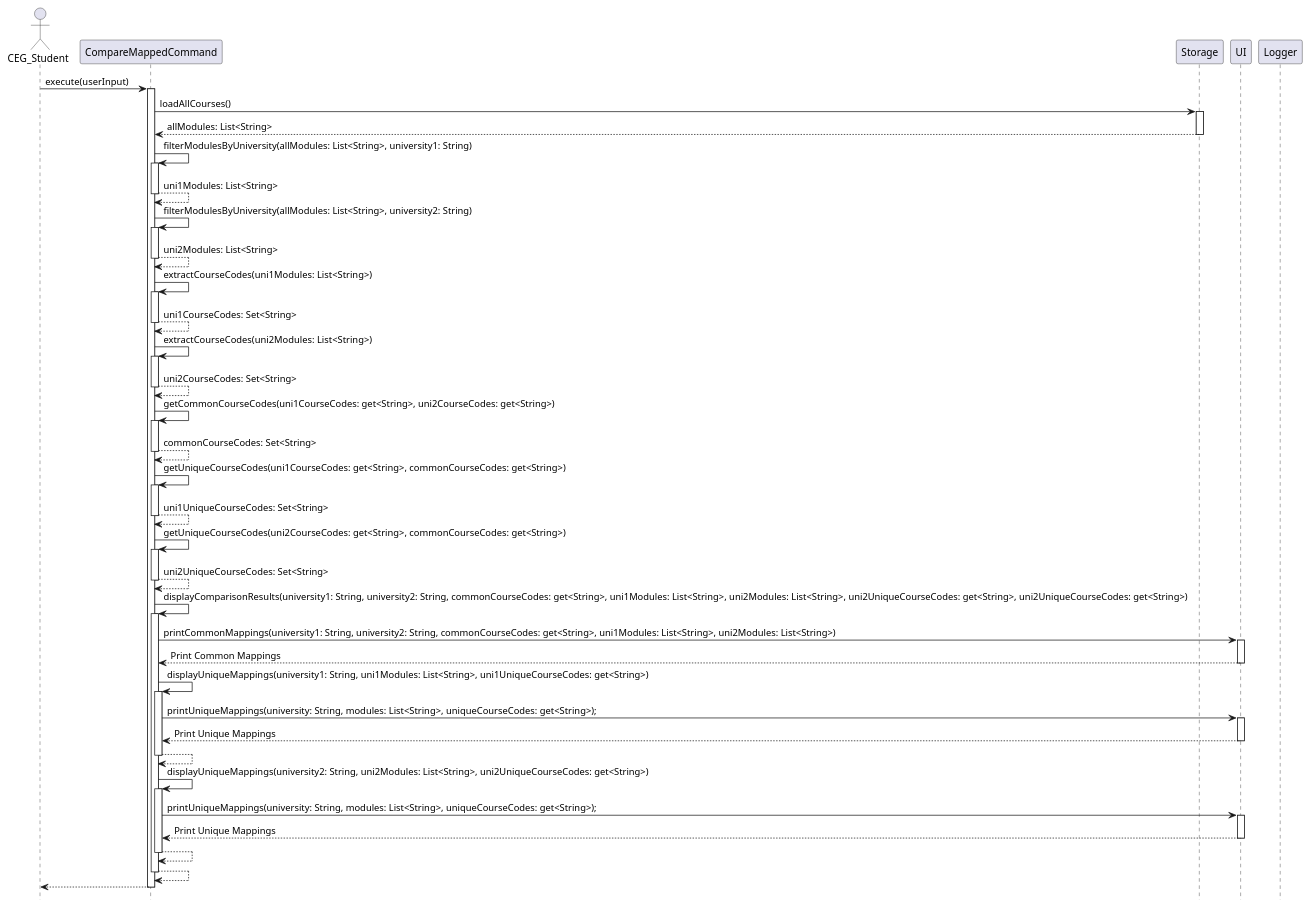
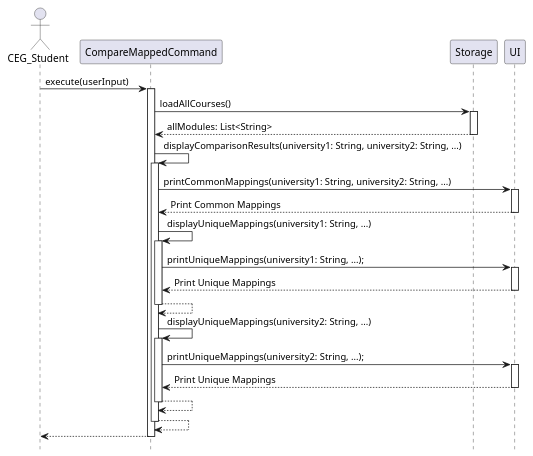
The diagram in docs/diagrams/CompareMappedCommand.puml (nus-cs2113-AY2425S1/tp), drawn with PlantUML before and after one commit. The commit also changed 1 other file, not shown here.

Commit message:
SImplified sequence diagram for CompareMappedCommand

```diff
--- a/docs/diagrams/CompareMappedCommand.puml
+++ b/docs/diagrams/CompareMappedCommand.puml
@@ -1,80 +1,45 @@
 @startuml
 
 hide footbox 
 
 actor CEG_Student
 participant "CompareMappedCommand" as Command
 participant "Storage" as Storage
 participant "UI" as UI
-participant "Logger" as Logger
 
 CEG_Student -> Command: execute(userInput)
 activate Command
 
 Command -> Storage: loadAllCourses()
 activate Storage
 Storage --> Command: allModules: List<String>
 deactivate Storage
 
-Command -> Command: filterModulesByUniversity(allModules: List<String>, university1: String)
+Command -> Command: displayComparisonResults(university1: String, university2: String, ...)
 activate Command
-Command --> Command: uni1Modules: List<String> 
-deactivate Command
-
-Command -> Command: filterModulesByUniversity(allModules: List<String>, university2: String)
-activate Command
-Command --> Command: uni2Modules: List<String> 
-deactivate Command
-
-Command -> Command: extractCourseCodes(uni1Modules: List<String>)
-activate Command
-Command --> Command: uni1CourseCodes: Set<String> 
-deactivate Command
-
-Command -> Command: extractCourseCodes(uni2Modules: List<String>)
-activate Command
-Command --> Command: uni2CourseCodes: Set<String> 
-deactivate Command
-
-Command -> Command: getCommonCourseCodes(uni1CourseCodes: get<String>, uni2CourseCodes: get<String>)
-activate Command
-Command --> Command: commonCourseCodes: Set<String>
-deactivate Command
-
-Command -> Command: getUniqueCourseCodes(uni1CourseCodes: get<String>, commonCourseCodes: get<String>)
-activate Command
-Command --> Command: uni1UniqueCourseCodes: Set<String> 
-deactivate Command
-
-Command -> Command: getUniqueCourseCodes(uni2CourseCodes: get<String>, commonCourseCodes: get<String>)
-activate Command
-Command --> Command: uni2UniqueCourseCodes: Set<String> 
-deactivate Command
-
-Command -> Command: displayComparisonResults(university1: String, university2: String, commonCourseCodes: get<String>, uni1Modules: List<String>, uni2Modules: List<String>, uni2UniqueCourseCodes: get<String>, uni2UniqueCourseCodes: get<String>)
-activate Command
-Command -> UI: printCommonMappings(university1: String, university2: String, commonCourseCodes: get<String>, uni1Modules: List<String>, uni2Modules: List<String>)
+Command -> UI: printCommonMappings(university1: String, university2: String, ...)
 activate UI
 UI --> Command : Print Common Mappings
 deactivate UI
-Command -> Command: displayUniqueMappings(university1: String, uni1Modules: List<String>, uni1UniqueCourseCodes: get<String>)
+Command -> Command: displayUniqueMappings(university1: String, ...)
 activate Command
-Command -> UI: printUniqueMappings(university: String, modules: List<String>, uniqueCourseCodes: get<String>);
+Command -> UI: printUniqueMappings(university1: String, ...);
 activate UI
 UI --> Command : Print Unique Mappings
 deactivate UI
 Command --> Command 
 deactivate Command
-Command -> Command: displayUniqueMappings(university2: String, uni2Modules: List<String>, uni2UniqueCourseCodes: get<String>)
+Command -> Command: displayUniqueMappings(university2: String, ...)
 activate Command
-Command -> UI: printUniqueMappings(university: String, modules: List<String>, uniqueCourseCodes: get<String>);
+Command -> UI: printUniqueMappings(university2: String, ...);
 activate UI
 UI --> Command : Print Unique Mappings
 deactivate UI
 Command --> Command
 deactivate Command
 Command --> Command
 deactivate Command
 Command --> CEG_Student
 deactivate Command
+
 @enduml
```
